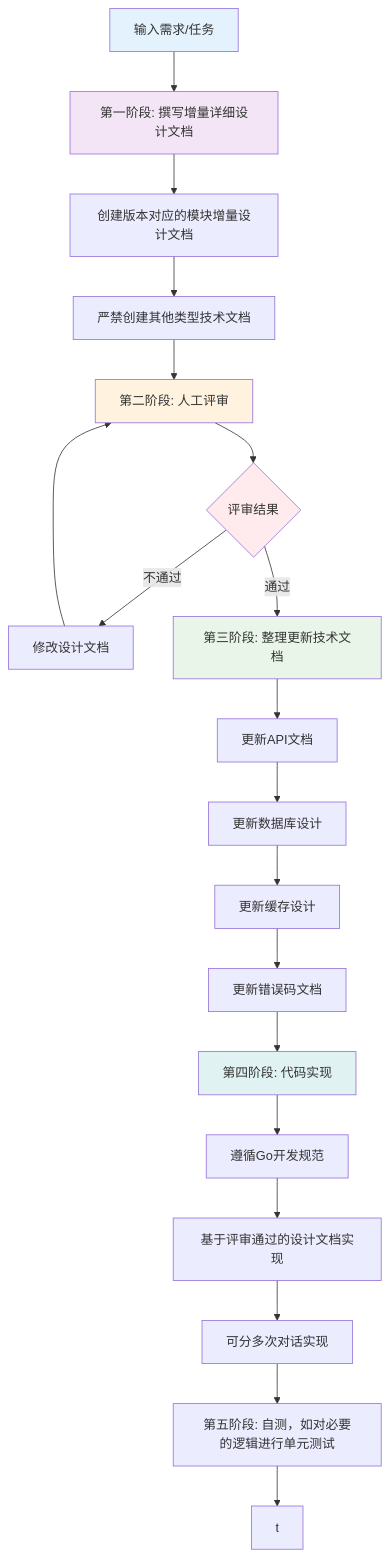
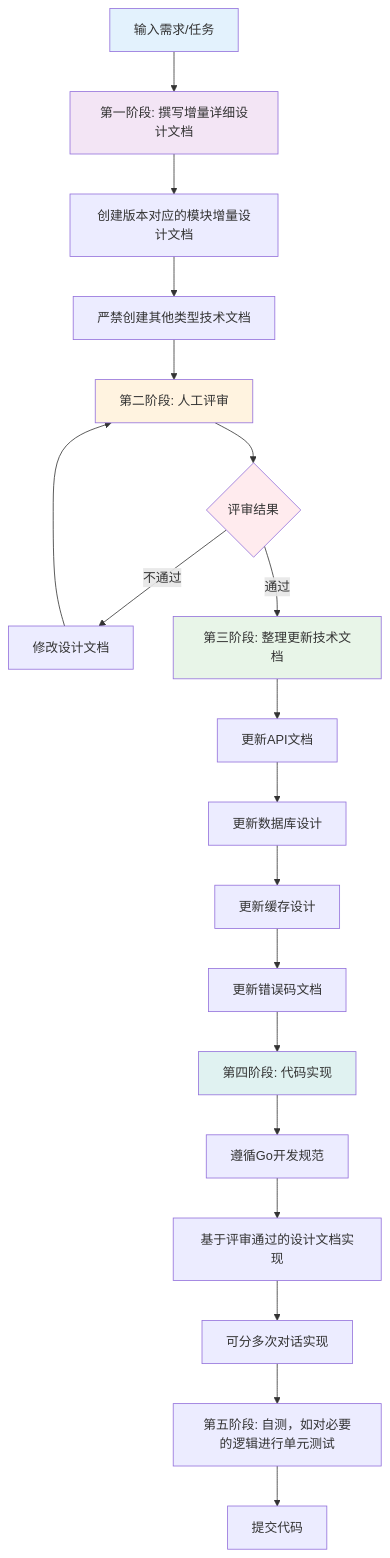
The diagram in all/未命名-1.md (yingjianzh/iodraw-files), drawn with Mermaid before and after one commit.

Commit message:
2025-10-22 17:39:08 update

````diff
--- a/all/未命名-1.md
+++ b/all/未命名-1.md
@@ -1,30 +1,30 @@
 ```mermaid
 
 flowchart TD
     A[输入需求/任务] --> B[第一阶段: 撰写增量详细设计文档]
     B --> C[创建版本对应的模块增量设计文档]
     C --> D[严禁创建其他类型技术文档]
     D --> E[第二阶段: 人工评审]
     E --> F{评审结果}
     F -->|不通过| G[修改设计文档]
     G --> E
     F -->|通过| H[第三阶段: 整理更新技术文档]
     H --> I[更新API文档]
     I --> J[更新数据库设计]
     J --> K[更新缓存设计]
     K --> L[更新错误码文档]
     L --> M[第四阶段: 代码实现]
     M --> N[遵循Go开发规范]
     N --> O[基于评审通过的设计文档实现]
     O --> P[可分多次对话实现]
     P --> R[第五阶段: 自测，如对必要的逻辑进行单元测试]
-    R --> S[t]
+    R --> S[提交代码]
     
     style A fill:#e3f2fd
     style B fill:#f3e5f5
     style E fill:#fff3e0
     style F fill:#ffebee
     style H fill:#e8f5e8
     style M fill:#e0f2f1
-
+style M fill:#e0f2f1
 ```
````
